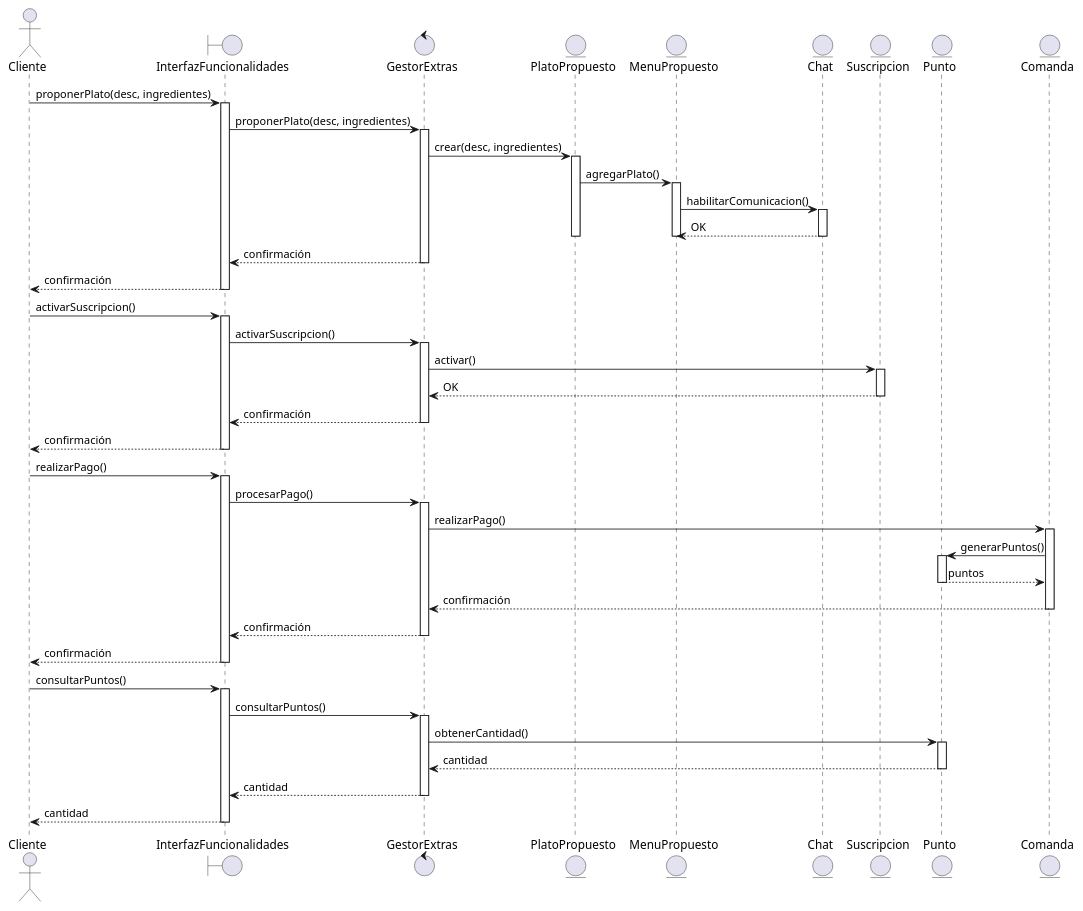
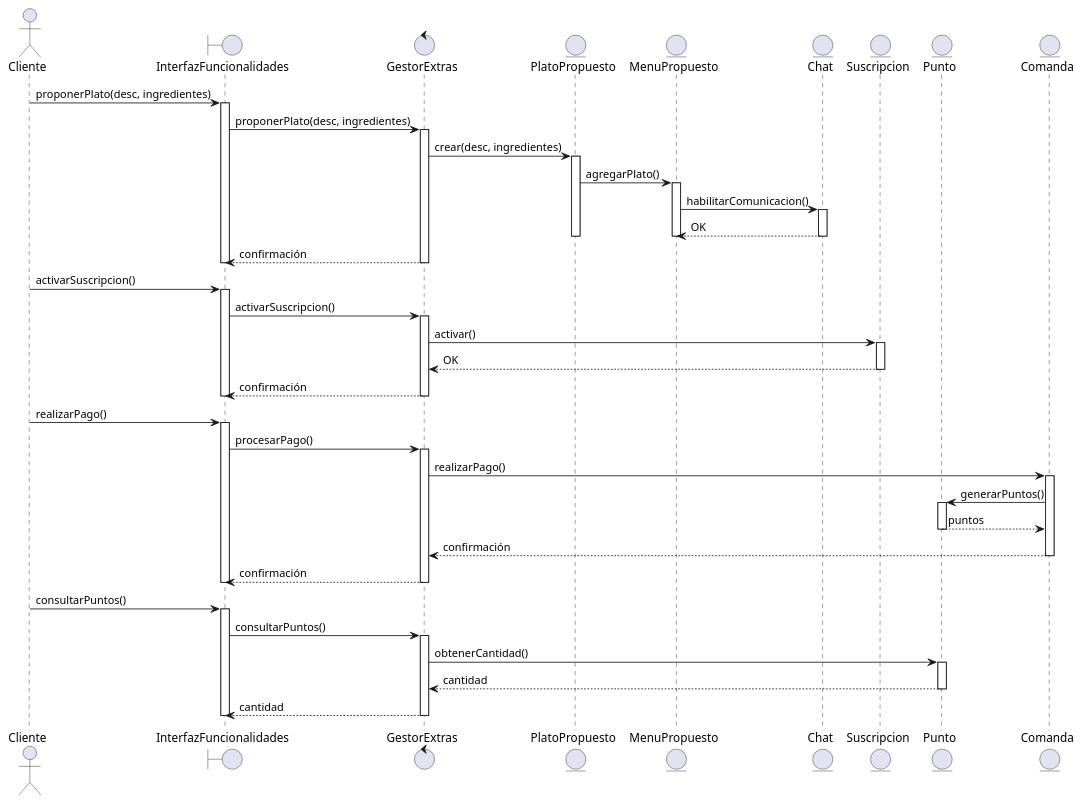
One commit to dabien3/ES25UAB-511-05 changed the diagram in documents/Diagramas Secuencia/CodigoUML/bloq6.pUML. Above: the diagram before and after it, drawn with PlantUML.

```diff
--- a/documents/Diagramas Secuencia/CodigoUML/bloq6.pUML
+++ b/documents/Diagramas Secuencia/CodigoUML/bloq6.pUML
@@ -1,75 +1,71 @@
 @startuml
 
 actor Cliente
 boundary InterfazFuncionalidades
 control GestorExtras
 entity PlatoPropuesto
 entity MenuPropuesto
 entity Chat
 entity Suscripcion
 entity Punto
 entity Comanda
 
 Cliente -> InterfazFuncionalidades : proponerPlato(desc, ingredientes)
 activate InterfazFuncionalidades
 InterfazFuncionalidades -> GestorExtras : proponerPlato(desc, ingredientes)
 activate GestorExtras
 GestorExtras -> PlatoPropuesto : crear(desc, ingredientes)
 activate PlatoPropuesto
 PlatoPropuesto -> MenuPropuesto : agregarPlato()
 activate MenuPropuesto
 MenuPropuesto -> Chat : habilitarComunicacion()
 activate Chat
 Chat --> MenuPropuesto : OK
 deactivate Chat
 deactivate MenuPropuesto
 deactivate PlatoPropuesto
 GestorExtras --> InterfazFuncionalidades : confirmación
 deactivate GestorExtras
-InterfazFuncionalidades --> Cliente : confirmación
 deactivate InterfazFuncionalidades
 
 Cliente -> InterfazFuncionalidades : activarSuscripcion()
 activate InterfazFuncionalidades
 InterfazFuncionalidades -> GestorExtras : activarSuscripcion()
 activate GestorExtras
 GestorExtras -> Suscripcion : activar()
 activate Suscripcion
 Suscripcion --> GestorExtras : OK
 deactivate Suscripcion
 GestorExtras --> InterfazFuncionalidades : confirmación
 deactivate GestorExtras
-InterfazFuncionalidades --> Cliente : confirmación
 deactivate InterfazFuncionalidades
 
 Cliente -> InterfazFuncionalidades : realizarPago()
 activate InterfazFuncionalidades
 InterfazFuncionalidades -> GestorExtras : procesarPago()
 activate GestorExtras
 GestorExtras -> Comanda : realizarPago()
 activate Comanda
 Comanda -> Punto : generarPuntos()
 activate Punto
 Punto --> Comanda : puntos
 deactivate Punto
 Comanda --> GestorExtras : confirmación
 deactivate Comanda
 GestorExtras --> InterfazFuncionalidades : confirmación
 deactivate GestorExtras
-InterfazFuncionalidades --> Cliente : confirmación
 deactivate InterfazFuncionalidades
 
 Cliente -> InterfazFuncionalidades : consultarPuntos()
 activate InterfazFuncionalidades
 InterfazFuncionalidades -> GestorExtras : consultarPuntos()
 activate GestorExtras
 GestorExtras -> Punto : obtenerCantidad()
 activate Punto
 Punto --> GestorExtras : cantidad
 deactivate Punto
 GestorExtras --> InterfazFuncionalidades : cantidad
 deactivate GestorExtras
-InterfazFuncionalidades --> Cliente : cantidad
 deactivate InterfazFuncionalidades
 
 @enduml
```
